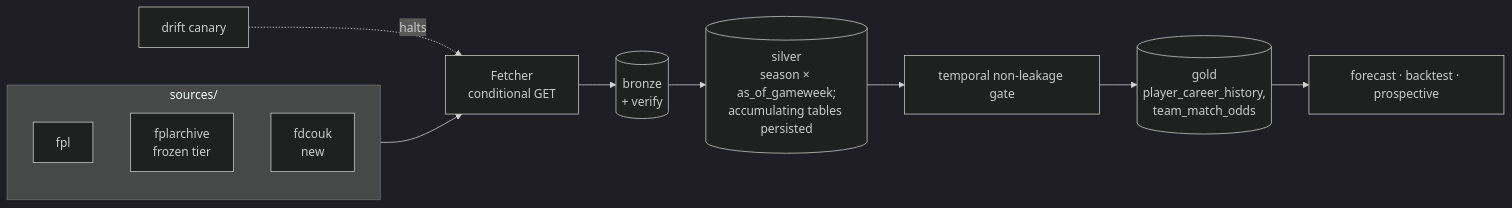
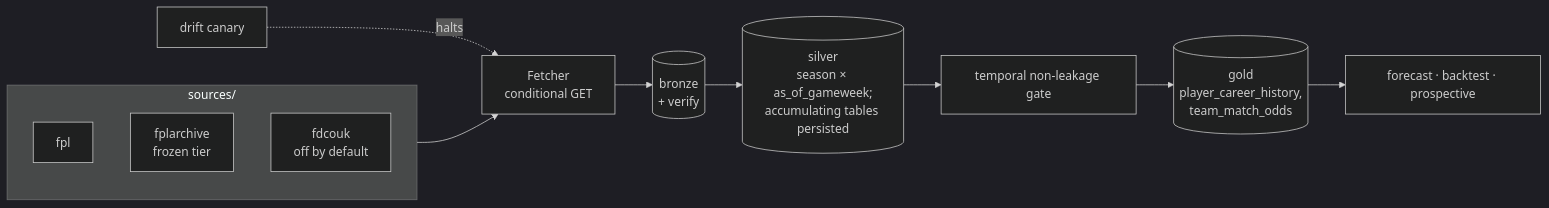
The fourth of 4 diagrams in docs/planning/03-solution-architecture.md (talonegg/fpl_dof2), drawn with Mermaid (dark theme) before and after one commit. The commit also changed other lines of this file and 3 other files, not shown here.

First line of the commit message:
docs: data sources, data architecture and model rewritten to the code

````diff
--- a/docs/planning/03-solution-architecture.md
+++ b/docs/planning/03-solution-architecture.md
@@ -576,15 +578,15 @@
 ```mermaid
 graph LR
     subgraph src["sources/"]
-        FPL2["fpl"] 
+        FPL2["fpl"]
         ARC2["fplarchive<br/>frozen tier"]
-        FDC2["fdcouk<br/>new"]
+        FDC2["fdcouk<br/>off by default"]
     end
     FETCH["Fetcher<br/>conditional GET"] --> BRZ2[("bronze<br/>+ verify")]
     src --> FETCH
     CAN["drift canary"] -.->|"halts"| FETCH
     BRZ2 --> SLV2[("silver<br/>season × as_of_gameweek;<br/>accumulating tables persisted")]
     SLV2 --> TQ["temporal non-leakage gate"]
     TQ --> GLD2[("gold<br/>player_career_history,<br/>team_match_odds")]
     GLD2 --> FC2["forecast · backtest · prospective"]
 ```
````
